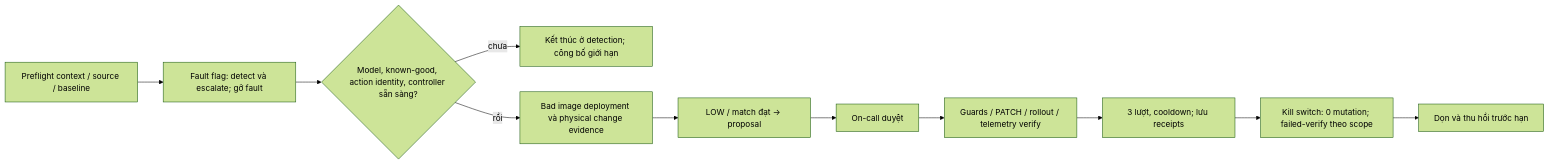
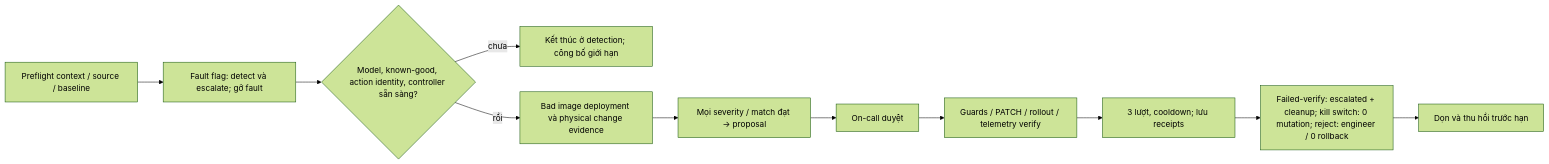
One commit to VietSory/SentinelOps changed diagram 13 of 14 in docs/delivery/AWS_DEMO_ACCESS_AND_FLOWS.md. Above: the diagram before and after it, drawn with Mermaid (forest theme). The commit also changed other lines of this file and 52 other files, not shown here.

````diff
--- a/docs/delivery/AWS_DEMO_ACCESS_AND_FLOWS.md
+++ b/docs/delivery/AWS_DEMO_ACCESS_AND_FLOWS.md
@@ -493,13 +510,13 @@
 ```mermaid
 flowchart LR
   Preflight["Preflight context / source / baseline"] --> Detect["Fault flag: detect và escalate; gỡ fault"]
   Detect --> Dependencies{"Model, known-good, action identity, controller sẵn sàng?"}
   Dependencies -->|"chưa"| Stop["Kết thúc ở detection; công bố giới hạn"]
   Dependencies -->|"rồi"| Bad["Bad image deployment và physical change evidence"]
-  Bad --> Proposal["LOW / match đạt → proposal"]
+  Bad --> Proposal["Mọi severity / match đạt → proposal"]
   Proposal --> Approve["On-call duyệt"]
   Approve --> Verify["Guards / PATCH / rollout / telemetry verify"]
   Verify --> Repeats["3 lượt, cooldown; lưu receipts"]
-  Repeats --> Negative["Kill switch: 0 mutation; failed-verify theo scope"]
+  Repeats --> Negative["Failed-verify: escalated + cleanup; kill switch: 0 mutation; reject: engineer / 0 rollback"]
   Negative --> Cleanup["Dọn và thu hồi trước hạn"]
 ```
````
